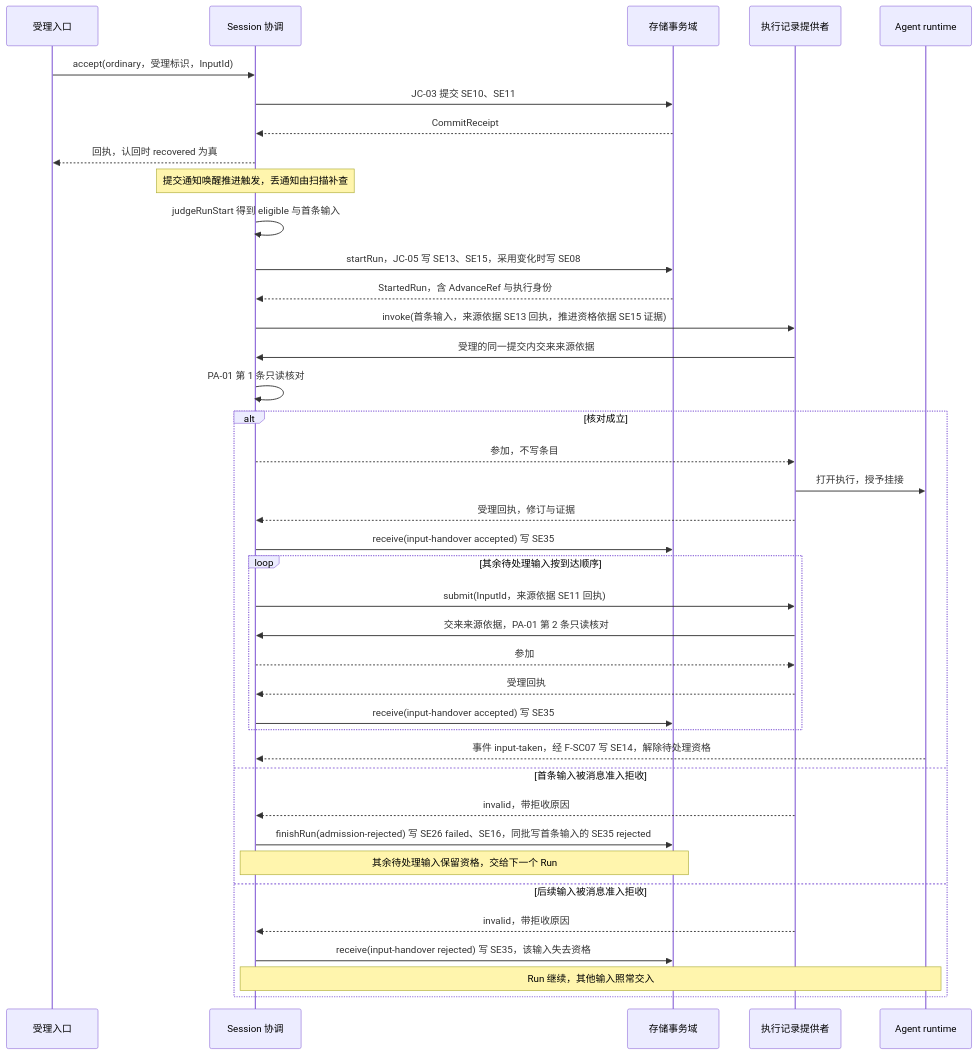
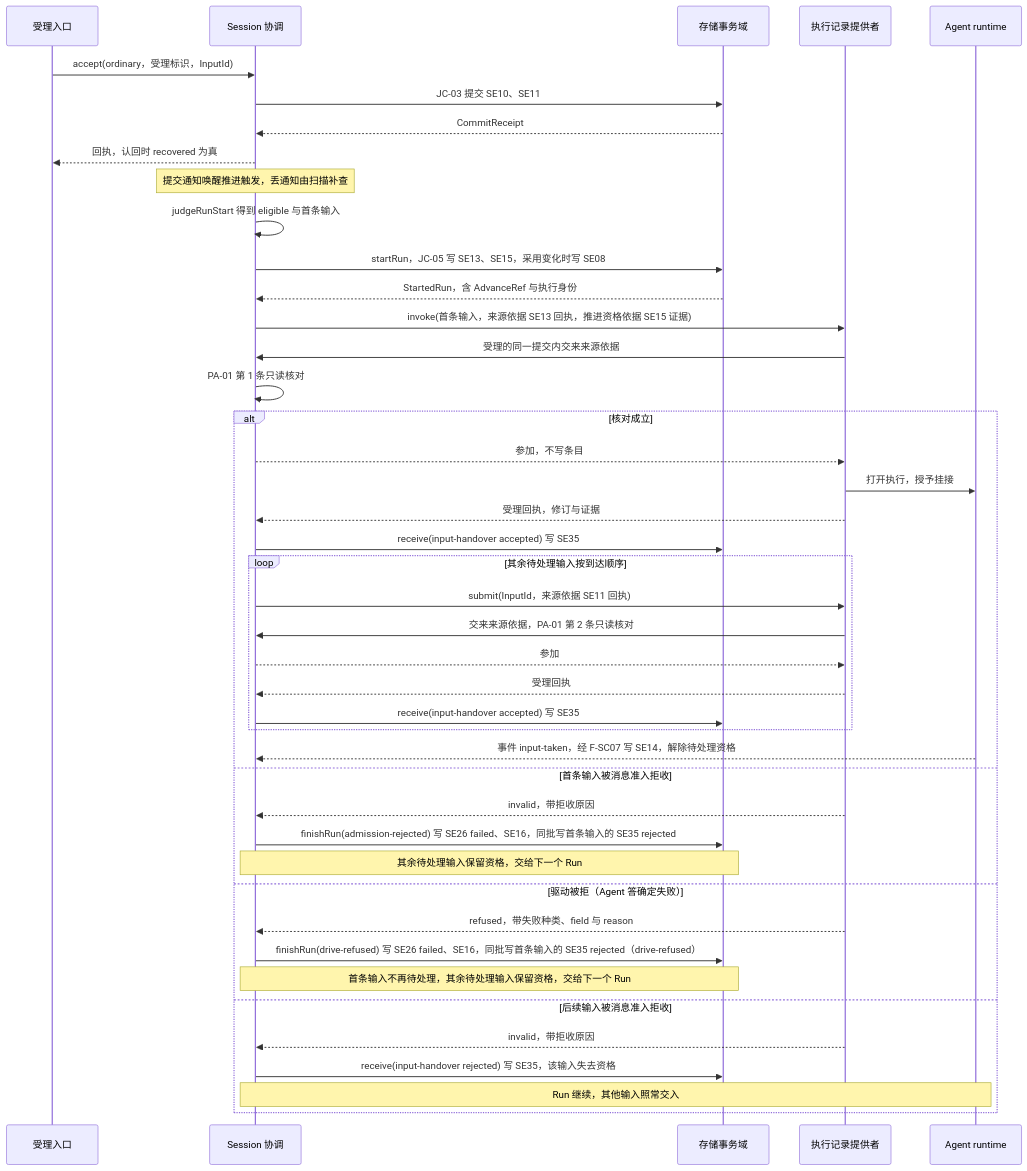
The first of 15 diagrams in packages/session/session-contract/docs/flows/scenarios.md (nemori-ai/omne-harness-lite), drawn with Mermaid before and after one commit. The commit also changed 41 other files, not shown here.

````diff
--- a/packages/session/session-contract/docs/flows/scenarios.md
+++ b/packages/session/session-contract/docs/flows/scenarios.md
@@ -39,41 +39,45 @@
 ```mermaid
 sequenceDiagram
     participant I as 受理入口
     participant S as Session 协调
     participant D as 存储事务域
     participant J as 执行记录提供者
     participant A as Agent runtime
     I->>S: accept(ordinary，受理标识，InputId)
     S->>D: JC-03 提交 SE10、SE11
     D-->>S: CommitReceipt
     S-->>I: 回执，认回时 recovered 为真
     Note over S: 提交通知唤醒推进触发，丢通知由扫描补查
     S->>S: judgeRunStart 得到 eligible 与首条输入
     S->>D: startRun，JC-05 写 SE13、SE15，采用变化时写 SE08
     D-->>S: StartedRun，含 AdvanceRef 与执行身份
     S->>J: invoke(首条输入，来源依据 SE13 回执，推进资格依据 SE15 证据)
     J->>S: 受理的同一提交内交来来源依据
     S->>S: PA-01 第 1 条只读核对
     alt 核对成立
         S-->>J: 参加，不写条目
         J->>A: 打开执行，授予挂接
         J-->>S: 受理回执，修订与证据
         S->>D: receive(input-handover accepted) 写 SE35
         loop 其余待处理输入按到达顺序
             S->>J: submit(InputId，来源依据 SE11 回执)
             J->>S: 交来来源依据，PA-01 第 2 条只读核对
             S-->>J: 参加
             J-->>S: 受理回执
             S->>D: receive(input-handover accepted) 写 SE35
         end
         A-->>S: 事件 input-taken，经 F-SC07 写 SE14，解除待处理资格
     else 首条输入被消息准入拒收
         J-->>S: invalid，带拒收原因
         S->>D: finishRun(admission-rejected) 写 SE26 failed、SE16，同批写首条输入的 SE35 rejected
         Note over S,D: 其余待处理输入保留资格，交给下一个 Run
+    else 驱动被拒（Agent 答确定失败）
+        J-->>S: refused，带失败种类、field 与 reason
+        S->>D: finishRun(drive-refused) 写 SE26 failed、SE16，同批写首条输入的 SE35 rejected（drive-refused）
+        Note over S,D: 首条输入不再待处理，其余待处理输入保留资格，交给下一个 Run
     else 后续输入被消息准入拒收
         J-->>S: invalid，带拒收原因
         S->>D: receive(input-handover rejected) 写 SE35，该输入失去资格
         Note over S,A: Run 继续，其他输入照常交入
     end
 ```
````
